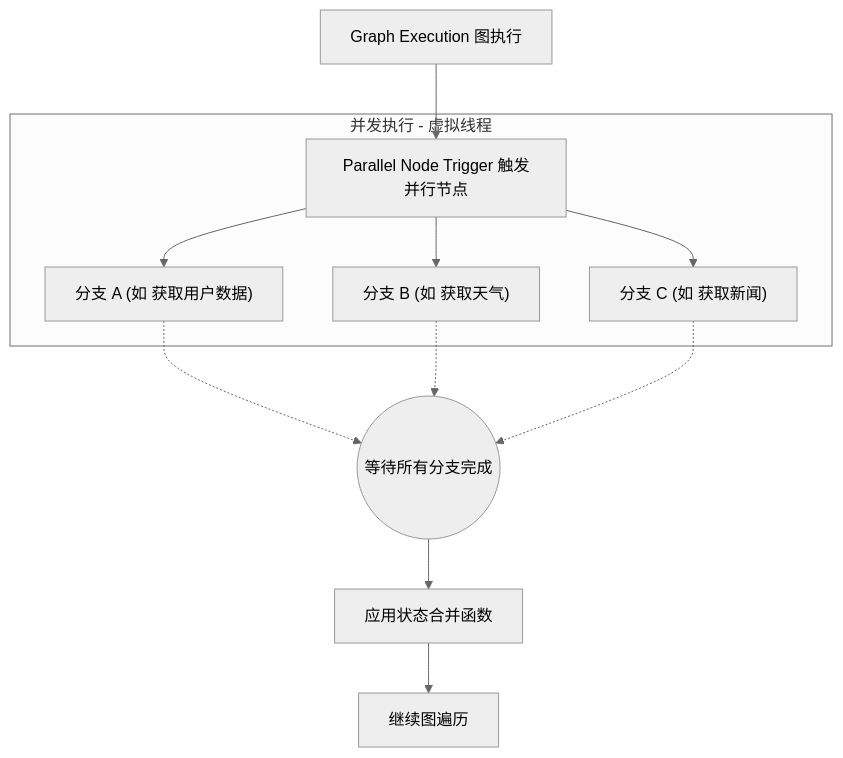
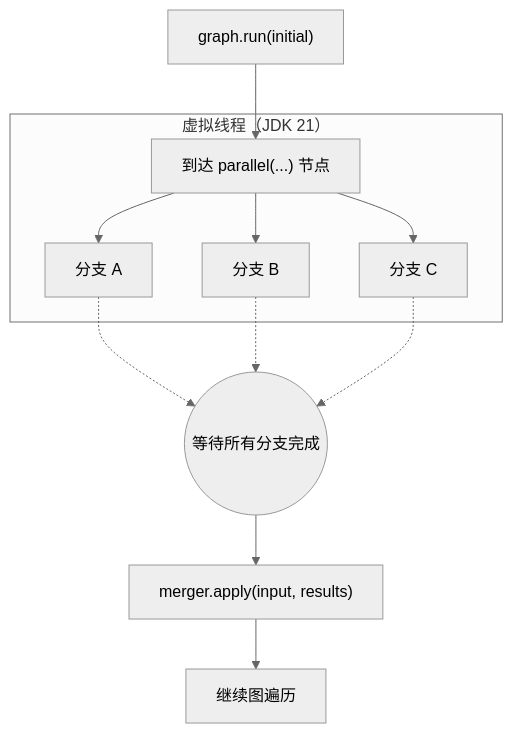
The seventh of 7 diagrams in tracegraph-runtime/README.zh.md (kimhongzhang323/TraceGraph), drawn with Mermaid (neutral theme) before and after one commit. The commit also changed other lines of this file, not shown here.

````diff
--- a/tracegraph-runtime/README.zh.md
+++ b/tracegraph-runtime/README.zh.md
@@ -18,17 +202,14 @@
 ```mermaid
 graph TD
-    Start["Graph Execution 图执行"] --> Fork["Parallel Node Trigger 触发并行节点"]
-    
-    subgraph Concurrent Execution ["并发执行 - 虚拟线程"]
-        Fork --> Branch1["分支 A (如 获取用户数据)"]
-        Fork --> Branch2["分支 B (如 获取天气)"]
-        Fork --> Branch3["分支 C (如 获取新闻)"]
+    Start["graph.run(initial)"] --> Fork["到达 parallel(...) 节点"]
+    subgraph VirtualThreads["虚拟线程（JDK 21）"]
+        Fork --> B1["分支 A"]
+        Fork --> B2["分支 B"]
+        Fork --> B3["分支 C"]
     end
-    
-    Branch1 -.-> Join
-    Branch2 -.-> Join
-    Branch3 -.-> Join
-    
-    Join(("等待所有分支完成")) --> Merge["应用状态合并函数"]
+    B1 -.-> Join
+    B2 -.-> Join
+    B3 -.-> Join
+    Join(("等待所有分支完成")) --> Merge["merger.apply(input, results)"]
     Merge --> Continue["继续图遍历"]
 ```
````
